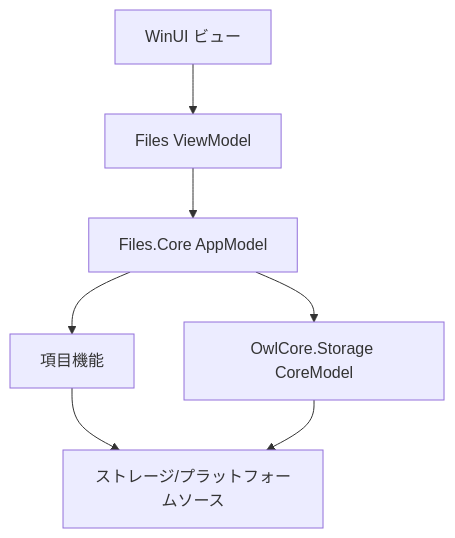
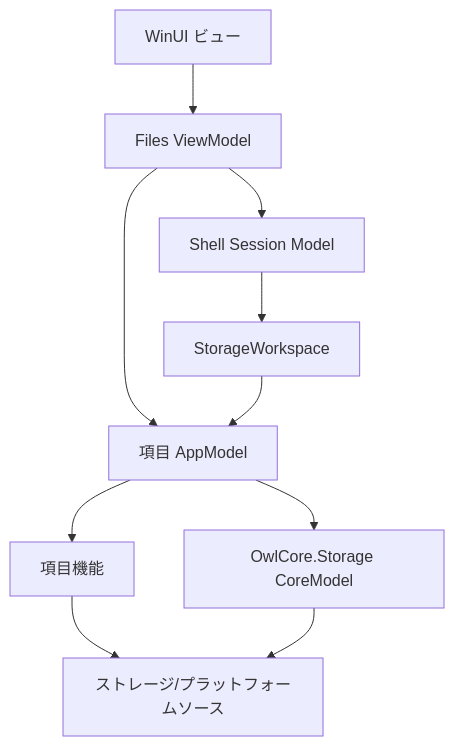
Before and after one commit to 0x5bfa/ReFiles: the first of 2 diagrams in docs/README.md, drawn with Mermaid. The commit also changed other lines of this file and 93 other files, not shown here.

Commit message:
Rearchitect application state management

````diff
--- a/docs/README.md
+++ b/docs/README.md
@@ -10,16 +10,21 @@
 ```mermaid
 flowchart TB
     Views["WinUI ビュー"]
     ViewModels["Files ViewModel"]
-    AppModels["Files.Core AppModel"]
+    ShellSessions["Shell Session Model"]
+    Workspace["StorageWorkspace"]
+    AppModels["項目 AppModel"]
     ItemFeatures["項目機能"]
     CoreModels["OwlCore.Storage CoreModel"]
     Sources["ストレージ/プラットフォームソース"]
 
     Views --> ViewModels
+    ViewModels --> ShellSessions
     ViewModels --> AppModels
+    ShellSessions --> Workspace
+    Workspace --> AppModels
     AppModels --> ItemFeatures
     AppModels --> CoreModels
     ItemFeatures --> Sources
     CoreModels --> Sources
 ```
````
